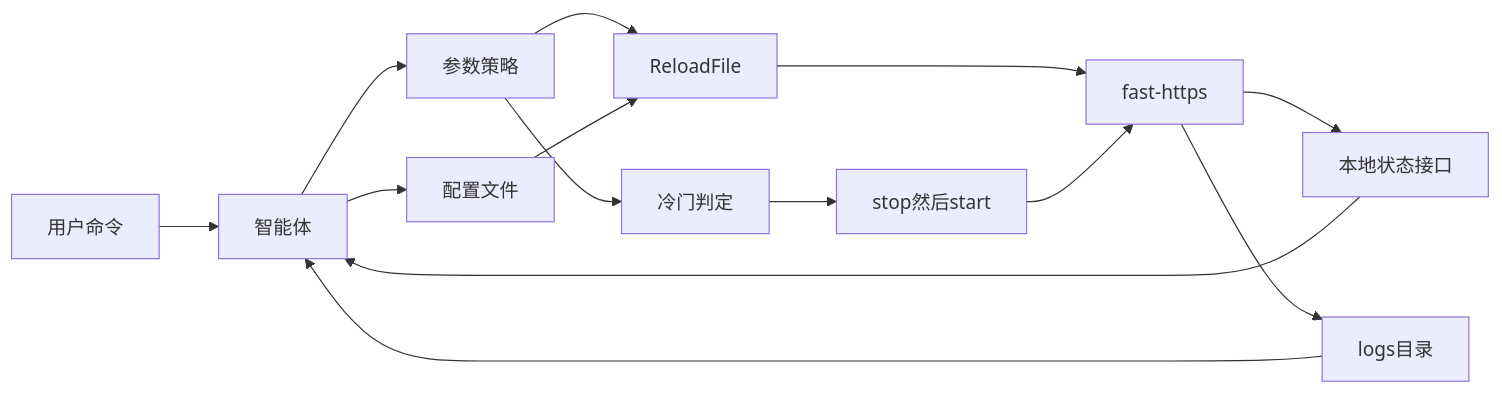
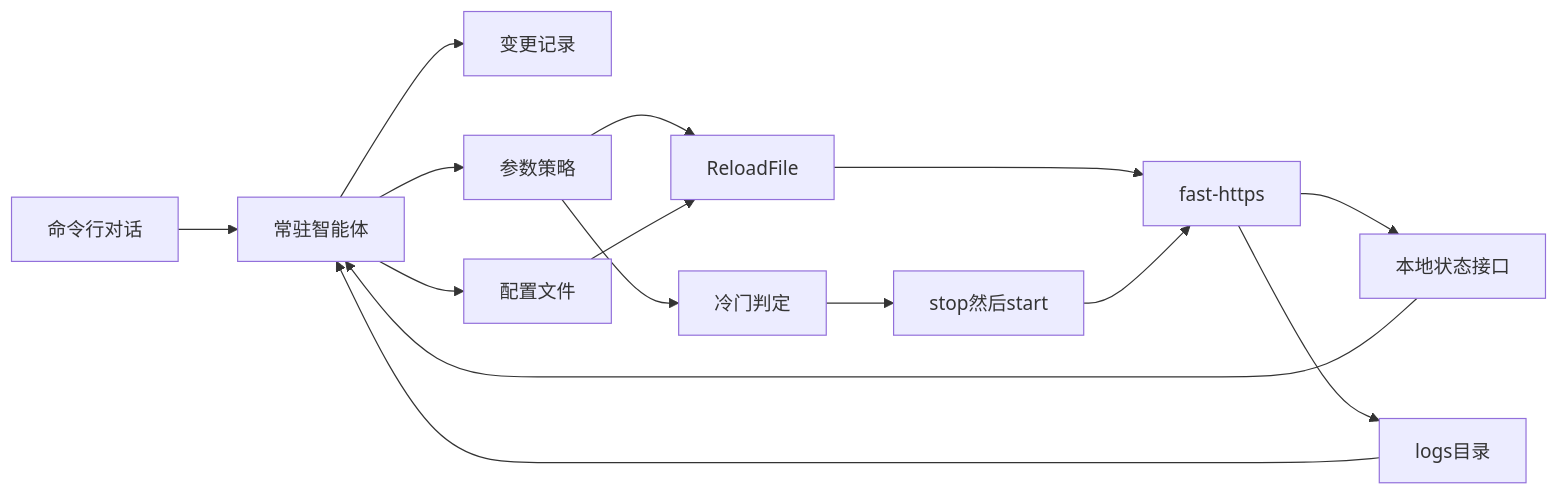
One commit to ncepu-iDealStudio/Fast-Https changed the diagram in docs/product-design-2.0.md. Above: the diagram before and after it, drawn with Mermaid. The commit also changed other lines of this file and 11 other files, not shown here.

````diff
--- a/docs/product-design-2.0.md
+++ b/docs/product-design-2.0.md
@@ -31,26 +33,28 @@
 ```mermaid
 flowchart LR
-  user[用户命令]
+  cli[命令行对话]
+  agent[常驻智能体]
   server[fast-https]
   status[本地状态接口]
   logs[logs目录]
-  agent[智能体]
+  ledger[变更记录]
   policy[参数策略]
   files[配置文件]
   reload[ReloadFile]
   cold[冷门判定]
   restart[stop然后start]
-  user --> agent
+  cli --> agent
+  agent --> ledger
   server --> status
   server --> logs
   status --> agent
   logs --> agent
   agent --> policy
   agent --> files
   policy --> reload
   policy --> cold
   cold --> restart
   files --> reload
   reload --> server
   restart --> server
 ```
````
